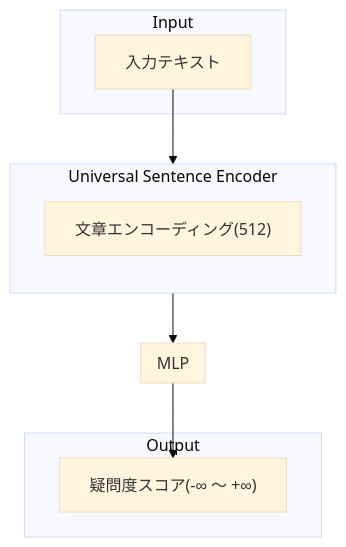
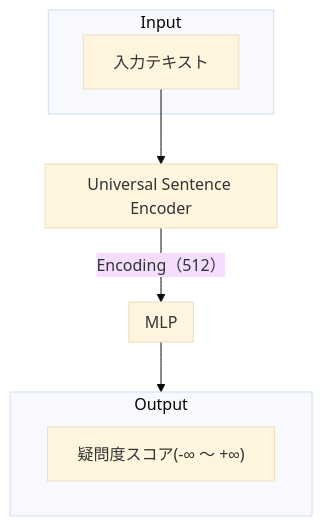
One commit to zackerms/gyuwan-question-score-model changed the diagram in README.md. Above: the diagram before and after it, drawn with Mermaid (base theme).

Commit message:
feat: モデルの構成図を更新

````diff
--- a/README.md
+++ b/README.md
@@ -12,23 +12,21 @@
 ```mermaid
 flowchart TB
     subgraph Input
         text["入力テキスト"]
     end
 
     subgraph Encoder["Universal Sentence Encoder"]
-        direction TB
-        embed["文章エンコーディング(512)"]
     end
 
     subgraph MLP["MLP"]
         direction TB
     end
 
     subgraph Output
         score["疑問度スコア(-∞ 〜 +∞)"]
     end
 
     text --> Encoder
-    Encoder --> MLP
-    MLP --> score
+    Encoder -->|Encoding（512）| MLP
+    MLP --> Output 
 ```
````
